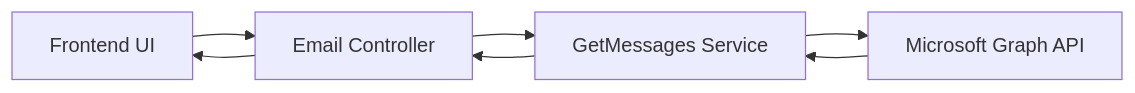
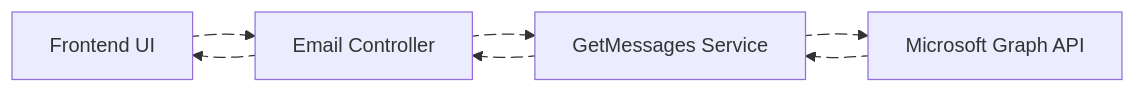
The first of 3 diagrams in Emails/Providers/Outlook/Folders/drafts.md (Harshita-capsitech/EmailDocs), drawn with Mermaid before and after one commit. The commit also changed other lines of this file, not shown here.

First line of the commit message:
Enhance flow diagrams with animation effects

````diff
--- a/Emails/Providers/Outlook/Folders/drafts.md
+++ b/Emails/Providers/Outlook/Folders/drafts.md
@@ -25,9 +25,17 @@
 ```mermaid
 flowchart LR
-    UI[Frontend UI] --> API[Email Controller]
-    API --> Service[GetMessages Service]
-    Service --> Graph[Microsoft Graph API]
-    Graph --> Service
-    Service --> API
-    API --> UI
+    UI[Frontend UI] edge1@--> API[Email Controller]
+    API edge2@--> Service[GetMessages Service]
+    Service edge3@--> Graph[Microsoft Graph API]
+    Graph edge4@--> Service
+    Service edge5@--> API
+    API edge6@--> UI
+
+    edge1@{ animate: fast }
+    edge2@{ animate: fast }
+    edge3@{ animate: fast }
+    edge4@{ animate: fast }
+    edge5@{ animate: fast }
+    edge6@{ animate: fast }
+
 ```
````
